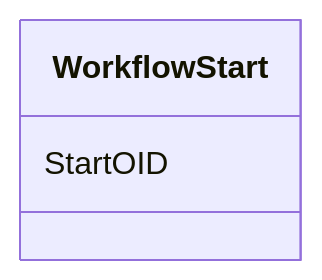
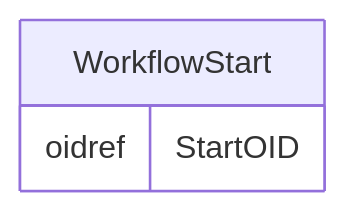
One commit to cdisc-org/DataExchange-ODM-LinkML changed the diagram in docs/WorkflowStart.md. Above: the diagram before and after it, drawn with Mermaid. The commit also changed other lines of this file and 181 other files, not shown here.

Commit message:
ER diagrams working via templates and removing names with underscores

````diff
--- a/docs/WorkflowStart.md
+++ b/docs/WorkflowStart.md
@@ -14,7 +11,9 @@
 ```mermaid
- classDiagram
-    class WorkflowStart
-      WorkflowStart : StartOID
-        
-      
+erDiagram
+WorkflowStart {
+    oidref StartOID  
+}
+
+
+
 ```
````
